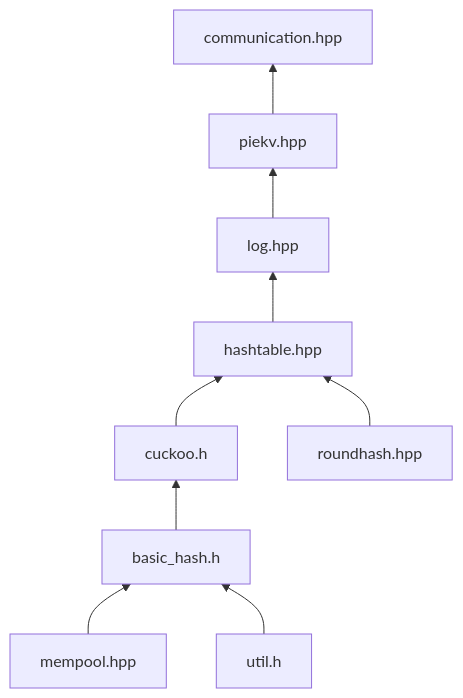
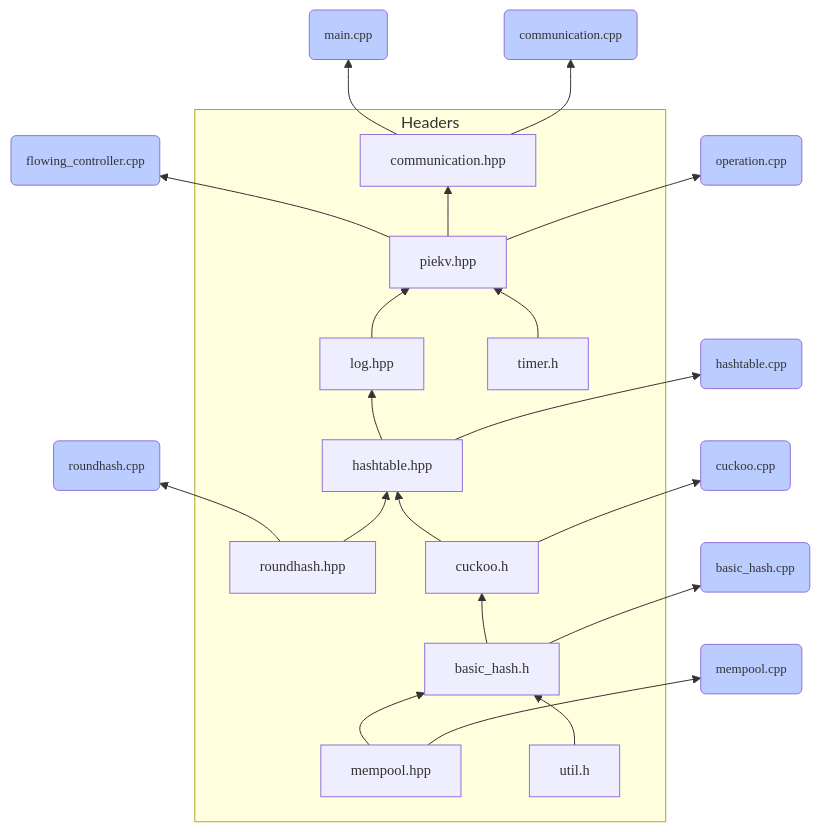
Before and after one commit to JuvenileFir/FlexibieKV: the second of 2 diagrams in README.md, drawn with Mermaid. The commit also changed other lines of this file, not shown here.

````diff
--- a/README.md
+++ b/README.md
@@ -27,44 +72,43 @@
 ```mermaid
-graph BT
-	
-basic_hash.h --> cuckoo.h
-
-%%basic_hash.h --> bc>basic_hash.c]
-%%basic_hash.h --> hp>hashtable.cpp]
-
-%%communication.hpp --> cp>communication.cpp]
-%%communication.hpp --> mp>main.cpp]
-
-cuckoo.h --> hashtable.hpp
-
-%%cuckoo.h --> cc>cuckoo.c]
-
-hashtable.hpp --> log.hpp
-
-%%hashtable.hpp --> hp>hashtable.cpp]
-
-log.hpp --> piekv.hpp
-%%log.hpp --> mempool.hpp
-
-%%log.hpp --> lp>log.cpp]
-
+flowchart BT
+roundhash.hpp:::header --> rp(roundhash.cpp):::source
+piekv.hpp --> fp(flowing_controller.cpp):::source
+subgraph Headers
+basic_hash.h:::header --> cuckoo.h
+cuckoo.h:::header --> hashtable.hpp
+hashtable.hpp:::header --> log.hpp
+timer.h:::header --> piekv.hpp
+log.hpp:::header --> piekv.hpp
 mempool.hpp --> basic_hash.h
-
-%%mempool.hpp --> mp>mempool.cpp]
-
-piekv.hpp --> communication.hpp
-
-%%piekv.hpp --> fp>flowing_controller.cpp]
-%%piekv.hpp --> op>operation.cpp]
-
+piekv.hpp:::header --> communication.hpp
 roundhash.hpp --> hashtable.hpp
 
-%%roundhash.hpp --> rp>roundhash.cpp]
+util.h:::header --> basic_hash.h
+end
+basic_hash.h --> bp(basic_hash.cpp):::source
+
+
+communication.hpp --> main(main.cpp):::source
+communication.hpp:::header --> cp(communication.cpp):::source
+
+cuckoo.h --> cc(cuckoo.cpp):::source
+
+hashtable.hpp --> hp(hashtable.cpp):::source
+
+
+
+mempool.hpp:::header --> mp(mempool.cpp):::source
+
+piekv.hpp --> op(operation.cpp):::source
+
+
+
 
 %%util.h --> zipf.h
-util.h --> basic_hash.h
+
 
 %%zipf.h --> NO_INCLUDE
-
+classDef header fill:#eef,font-family:arias,font-size:14.5px,font-weight:300;
+classDef source fill:#bcf,font-family:arias,font-size:13px;
 
 ```
````
